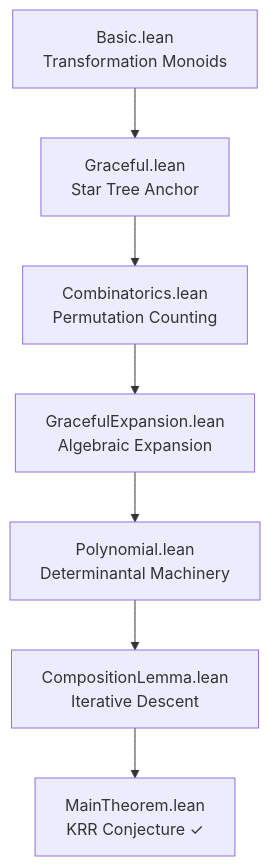
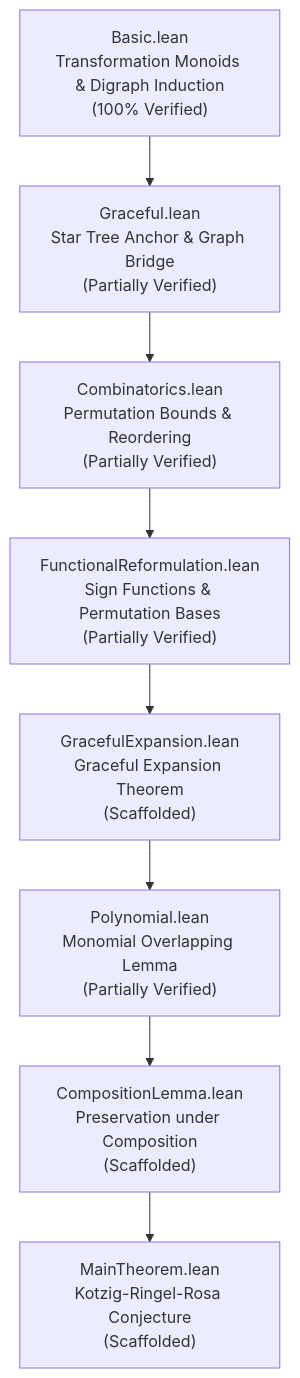
One commit to Doublew08/KRR changed the diagram in README.md. Above: the diagram before and after it, drawn with Mermaid. The commit also changed other lines of this file and 8 other files, not shown here.

First line of the commit message:
Reduce sorry count to 11: prove isGraceful_bridge and monomial_overlapping_lemma

````diff
--- a/README.md
+++ b/README.md
@@ -31,9 +31,10 @@
 ```mermaid
 graph TD
-    A["Basic.lean<br/>Transformation Monoids"] --> B["Graceful.lean<br/>Star Tree Anchor"]
-    B --> C["Combinatorics.lean<br/>Permutation Counting"]
-    C --> D["GracefulExpansion.lean<br/>Algebraic Expansion"]
-    D --> E["Polynomial.lean<br/>Determinantal Machinery"]
-    E --> F["CompositionLemma.lean<br/>Iterative Descent"]
-    F --> G["MainTheorem.lean<br/>KRR Conjecture ✓"]
+    A["Basic.lean<br/>Transformation Monoids & Digraph Induction<br/>(100% Verified)"] --> B["Graceful.lean<br/>Star Tree Anchor & Graph Bridge<br/>(Partially Verified)"]
+    B --> C["Combinatorics.lean<br/>Permutation Bounds & Reordering<br/>(Partially Verified)"]
+    C --> D["FunctionalReformulation.lean<br/>Sign Functions & Permutation Bases<br/>(Partially Verified)"]
+    D --> E["GracefulExpansion.lean<br/>Graceful Expansion Theorem<br/>(Scaffolded)"]
+    E --> F["Polynomial.lean<br/>Monomial Overlapping Lemma<br/>(Partially Verified)"]
+    F --> G["CompositionLemma.lean<br/>Preservation under Composition<br/>(Scaffolded)"]
+    G --> H["MainTheorem.lean<br/>Kotzig-Ringel-Rosa Conjecture<br/>(Scaffolded)"]
 ```
````
